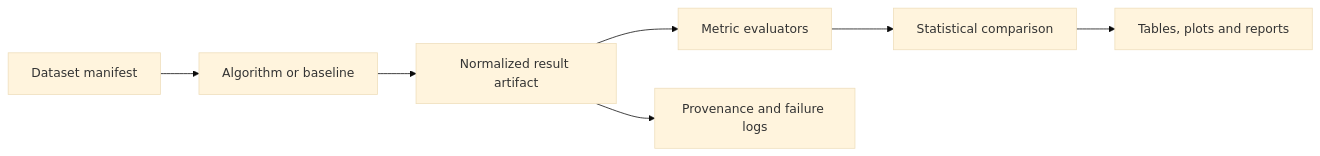
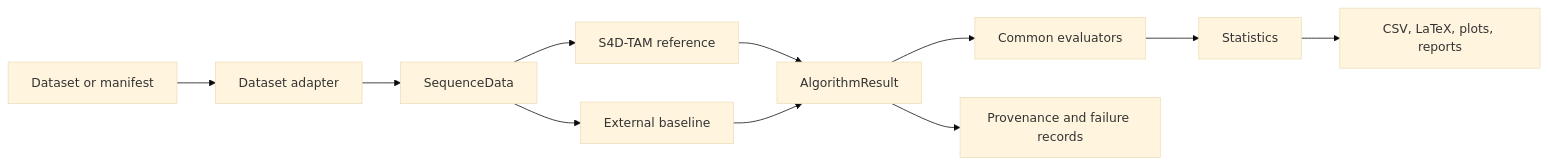
One commit to MatPomGit/s4d-tam changed the first of 2 diagrams in docs/index.md. Above: the diagram before and after it, drawn with Mermaid (base theme). The commit also changed other lines of this file and 5 other files, not shown here.

````diff
--- a/docs/index.md
+++ b/docs/index.md
@@ -54,9 +67,13 @@
 ```mermaid
 flowchart LR
-    A[Dataset manifest] --> B[Algorithm or baseline]
-    B --> C[Normalized result artifact]
-    C --> D[Metric evaluators]
-    D --> E[Statistical comparison]
-    E --> F[Tables, plots and reports]
-    C --> G[Provenance and failure logs]
+    A[Dataset or manifest] --> B[Dataset adapter]
+    B --> C[SequenceData]
+    C --> D[S4D-TAM reference]
+    C --> E[External baseline]
+    D --> F[AlgorithmResult]
+    E --> F
+    F --> G[Common evaluators]
+    G --> H[Statistics]
+    H --> I[CSV, LaTeX, plots, reports]
+    F --> J[Provenance and failure records]
 ```
````
